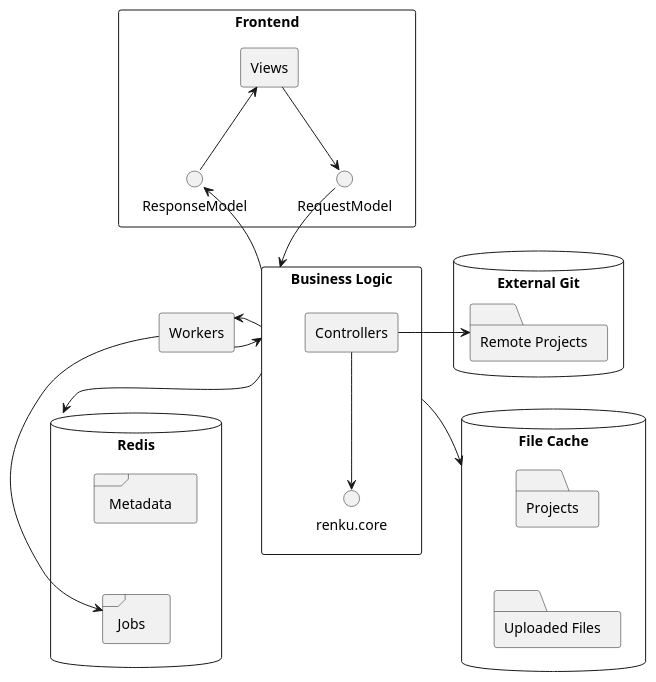
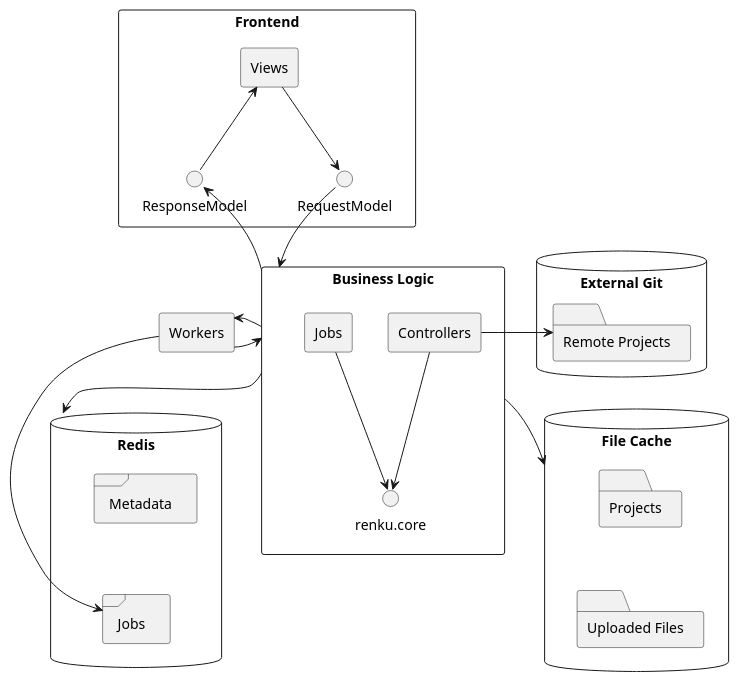
The diagram in docs/reference/service.rst (SwissDataScienceCenter/renku-python), drawn with PlantUML before and after one commit.

Commit message:
add Jobs to diagram

```diff
--- a/docs/reference/service.rst
+++ b/docs/reference/service.rst
@@ -26,41 +26,42 @@
 .. uml::
 
     @startuml
     skinparam componentStyle rectangle
     skinparam lineStyle ortho
 
     component Frontend {
         [Views] -down-> RequestModel
         ResponseModel -up-> [Views]
     }
 
     component "Business Logic" as bl {
         [Controllers] --> renku.core
+        [Jobs] --> renku.core
     }
 
     database "External Git" as git {
         folder "Remote Projects" as rp
     }
 
     database "Redis" as redis {
         frame "Metadata" as metadata
         frame "Jobs" as jobs
     }
 
     database "File Cache" as filecache {
         folder "Projects" as projects
         folder "Uploaded Files" as files
     }
 
     RequestModel -down-> bl
     bl -up-> ResponseModel
     [Controllers] -right-> rp
     [Workers] -right-> bl
     bl -left-> [Workers]
     [Workers] -down-> jobs
     bl -down-> filecache
     bl -down-> redis
 
     projects -[hidden]down-> files
     metadata -[hidden]down-> jobs
     @enduml
```
